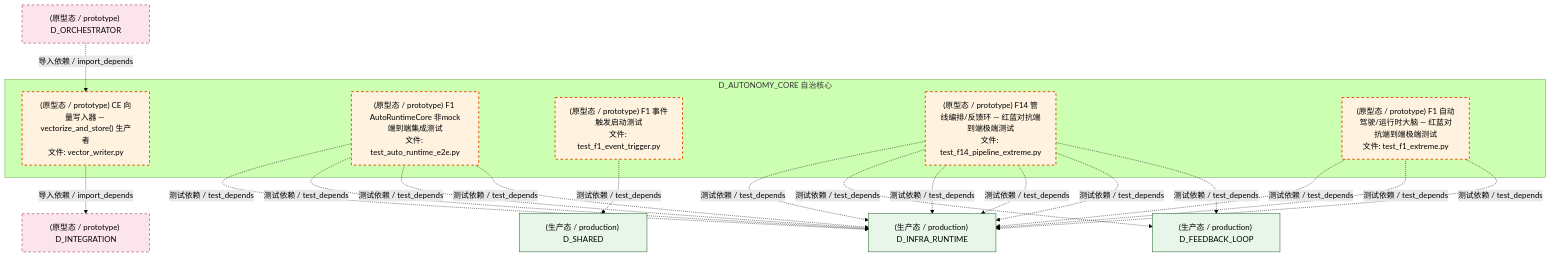
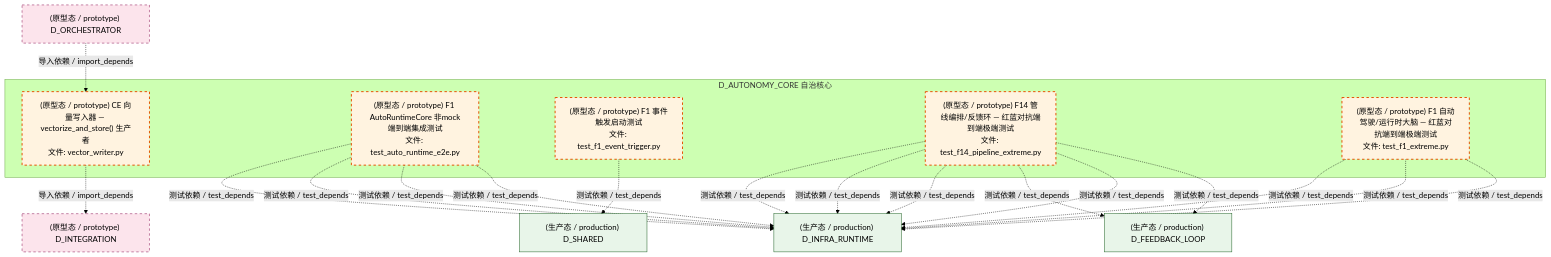
Before and after one commit to xuanFelixVan/ZephyrAlpha: the seventh of 8 diagrams in docs/02_enterprise_architecture/02_domain_architecture_docs/07_d_autonomy_core.md, drawn with Mermaid (forest theme). The commit also changed other lines of this file and 115 other files, not shown here.

````diff
--- a/docs/02_enterprise_architecture/02_domain_architecture_docs/07_d_autonomy_core.md
+++ b/docs/02_enterprise_architecture/02_domain_architecture_docs/07_d_autonomy_core.md
@@ -768,38 +763,38 @@
 ```mermaid
 graph TD
     subgraph D_AUTONOMY_CORE["D_AUTONOMY_CORE 自治核心"]
         src_zephyr_integration_vector_memory_vector_writer_py["(原型态 / prototype) CE 向量写入器 — vectorize_and_store() 生产者<br/>文件: vector_writer.py"]
         tests_automation_test_auto_runtime_e2e_py["(原型态 / prototype) F1 AutoRuntimeCore 非mock端到端集成测试<br/>文件: test_auto_runtime_e2e.py"]
         tests_f_lifecycle_test_f1_event_trigger_py["(原型态 / prototype) F1 事件触发启动测试<br/>文件: test_f1_event_trigger.py"]
         tests_trading_extreme_test_f14_pipeline_extreme_py["(原型态 / prototype) F14 管线编排/反馈环 — 红蓝对抗端到端极端测试<br/>文件: test_f14_pipeline_extreme.py"]
         tests_trading_extreme_test_f1_extreme_py["(原型态 / prototype) F1 自动驾驶/运行时大脑 — 红蓝对抗端到端极端测试<br/>文件: test_f1_extreme.py"]
     end
+    D_FEEDBACK_LOOP["(生产态 / production) D_FEEDBACK_LOOP"]
+    tests_trading_extreme_test_f14_pipeline_extreme_py -.->|测试依赖 / test_depends| D_FEEDBACK_LOOP
     D_INFRA_RUNTIME["(生产态 / production) D_INFRA_RUNTIME"]
+    tests_automation_test_auto_runtime_e2e_py -.->|测试依赖 / test_depends| D_INFRA_RUNTIME
     tests_trading_extreme_test_f1_extreme_py -.->|测试依赖 / test_depends| D_INFRA_RUNTIME
     tests_automation_test_auto_runtime_e2e_py -.->|测试依赖 / test_depends| D_INFRA_RUNTIME
-    D_FEEDBACK_LOOP["(生产态 / production) D_FEEDBACK_LOOP"]
-    tests_trading_extreme_test_f14_pipeline_extreme_py -.->|测试依赖 / test_depends| D_FEEDBACK_LOOP
-    tests_automation_test_auto_runtime_e2e_py -.->|测试依赖 / test_depends| D_INFRA_RUNTIME
-    tests_trading_extreme_test_f14_pipeline_extreme_py -.->|测试依赖 / test_depends| D_INFRA_RUNTIME
-    tests_automation_test_auto_runtime_e2e_py -.->|测试依赖 / test_depends| D_INFRA_RUNTIME
-    D_INTEGRATION["(原型态 / prototype) D_INTEGRATION"]
-    src_zephyr_integration_vector_memory_vector_writer_py -.->|导入依赖 / import_depends| D_INTEGRATION
-    tests_trading_extreme_test_f14_pipeline_extreme_py -.->|测试依赖 / test_depends| D_INFRA_RUNTIME
     tests_trading_extreme_test_f14_pipeline_extreme_py -.->|测试依赖 / test_depends| D_INFRA_RUNTIME
     D_SHARED["(生产态 / production) D_SHARED"]
     tests_f_lifecycle_test_f1_event_trigger_py -.->|测试依赖 / test_depends| D_SHARED
     tests_trading_extreme_test_f14_pipeline_extreme_py -.->|测试依赖 / test_depends| D_FEEDBACK_LOOP
     tests_trading_extreme_test_f1_extreme_py -.->|测试依赖 / test_depends| D_INFRA_RUNTIME
     tests_automation_test_auto_runtime_e2e_py -.->|测试依赖 / test_depends| D_INFRA_RUNTIME
+    tests_automation_test_auto_runtime_e2e_py -.->|测试依赖 / test_depends| D_INFRA_RUNTIME
+    D_INTEGRATION["(原型态 / prototype) D_INTEGRATION"]
+    src_zephyr_integration_vector_memory_vector_writer_py -.->|导入依赖 / import_depends| D_INTEGRATION
+    tests_trading_extreme_test_f14_pipeline_extreme_py -.->|测试依赖 / test_depends| D_INFRA_RUNTIME
+    tests_trading_extreme_test_f14_pipeline_extreme_py -.->|测试依赖 / test_depends| D_INFRA_RUNTIME
     tests_trading_extreme_test_f14_pipeline_extreme_py -.->|测试依赖 / test_depends| D_INFRA_RUNTIME
     tests_trading_extreme_test_f1_extreme_py -.->|测试依赖 / test_depends| D_INFRA_RUNTIME
     D_ORCHESTRATOR["(原型态 / prototype) D_ORCHESTRATOR"]
     D_ORCHESTRATOR -.->|导入依赖 / import_depends| src_zephyr_integration_vector_memory_vector_writer_py
     classDef production fill:#e1f5fe,stroke:#01579b,stroke-width:2px,color:#000
     classDef design fill:#fff3e0,stroke:#e65100,stroke-width:2px,color:#000,stroke-dasharray: 5 5
     classDef external_prod fill:#e8f5e9,stroke:#1b5e20,stroke-width:1px,color:#000
     classDef external_design fill:#fce4ec,stroke:#880e4f,stroke-width:1px,color:#000,stroke-dasharray: 5 5
     class src_zephyr_integration_vector_memory_vector_writer_py,tests_automation_test_auto_runtime_e2e_py,tests_f_lifecycle_test_f1_event_trigger_py,tests_trading_extreme_test_f14_pipeline_extreme_py,tests_trading_extreme_test_f1_extreme_py design
-    class D_INFRA_RUNTIME,D_FEEDBACK_LOOP,D_SHARED external_prod
+    class D_FEEDBACK_LOOP,D_INFRA_RUNTIME,D_SHARED external_prod
     class D_INTEGRATION,D_ORCHESTRATOR external_design
 ```
````
